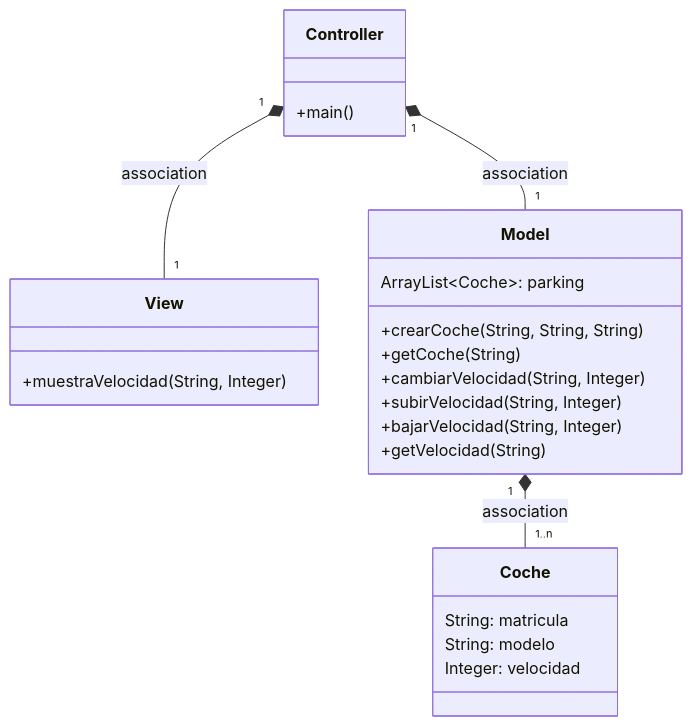
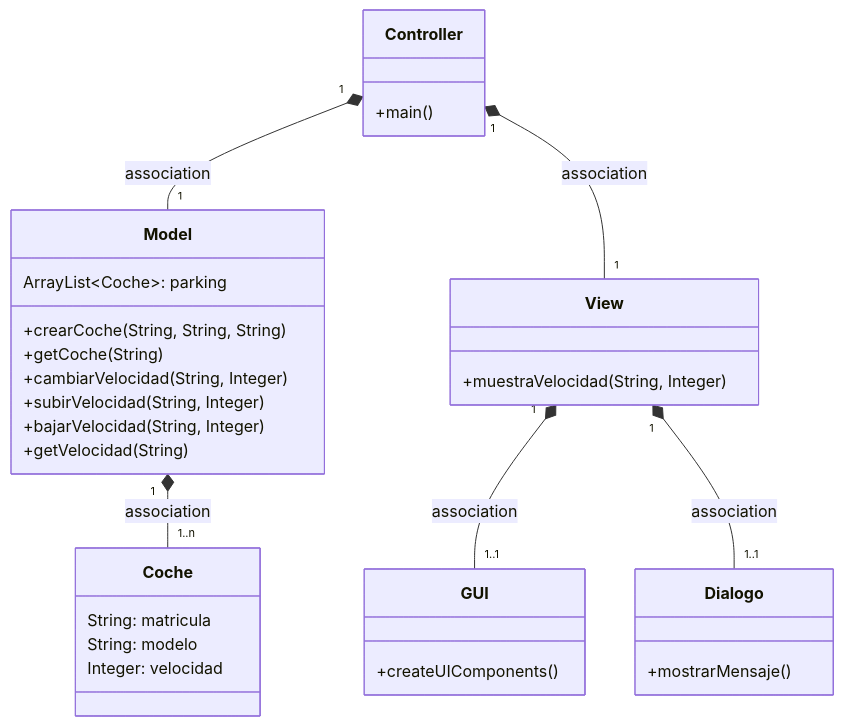
Before and after one commit to damiancastelao/MVC_coches_solucion: the first of 3 diagrams in Readme.md, drawn with Mermaid. The commit also changed other lines of this file, not shown here.

````diff
--- a/Readme.md
+++ b/Readme.md
@@ -8,25 +8,32 @@
 ```mermaid
 classDiagram
     class Coche {
         String: matricula
         String: modelo
         Integer: velocidad
     }
       class Controller{
           +main()
       }
       class View {+muestraVelocidad(String, Integer)}
       class Model {
           ArrayList~Coche~: parking
           +crearCoche(String, String, String)
           +getCoche(String)
           +cambiarVelocidad(String, Integer)
           +subirVelocidad(String, Integer)
           +bajarVelocidad(String, Integer)
           +getVelocidad(String)
       }
+      class GUI{
+          +createUIComponents()
+      }
+      class Dialogo{
+           +mostrarMensaje()
+      }
     Controller "1" *-- "1" Model : association
     Controller "1" *-- "1" View : association
     Model "1" *-- "1..n" Coche : association
-      
+    View "1" *-- "1..1" GUI : association
+    View "1" *-- "1..1" Dialogo : association
 ```
````
